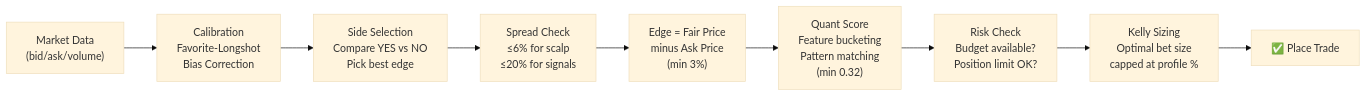
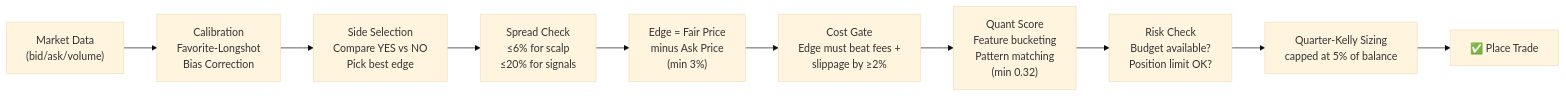
The fourth of 5 diagrams in README.md (diegocrisafu/expense), drawn with Mermaid (base theme) before and after one commit. The commit also changed other lines of this file, not shown here.

````diff
--- a/README.md
+++ b/README.md
@@ -168,11 +201,12 @@
 ```mermaid
 flowchart LR
     MKT["Market Data<br/>(bid/ask/volume)"] --> CAL["Calibration<br/>Favorite-Longshot<br/>Bias Correction"]
     CAL --> SIDE["Side Selection<br/>Compare YES vs NO<br/>Pick best edge"]
     SIDE --> SPREAD["Spread Check<br/>≤6% for scalp<br/>≤20% for signals"]
     SPREAD --> EDGE["Edge = Fair Price<br/>minus Ask Price<br/>(min 3%)"]
-    EDGE --> QUANT["Quant Score<br/>Feature bucketing<br/>Pattern matching<br/>(min 0.32)"]
+    EDGE --> COST["Cost Gate<br/>Edge must beat fees +<br/>slippage by ≥2%"]
+    COST --> QUANT["Quant Score<br/>Feature bucketing<br/>Pattern matching<br/>(min 0.32)"]
     QUANT --> RISK["Risk Check<br/>Budget available?<br/>Position limit OK?"]
-    RISK --> KELLY["Kelly Sizing<br/>Optimal bet size<br/>capped at profile %"]
+    RISK --> KELLY["Quarter-Kelly Sizing<br/>capped at 5% of balance"]
     KELLY --> TRADE["✅ Place Trade"]
 ```
````
